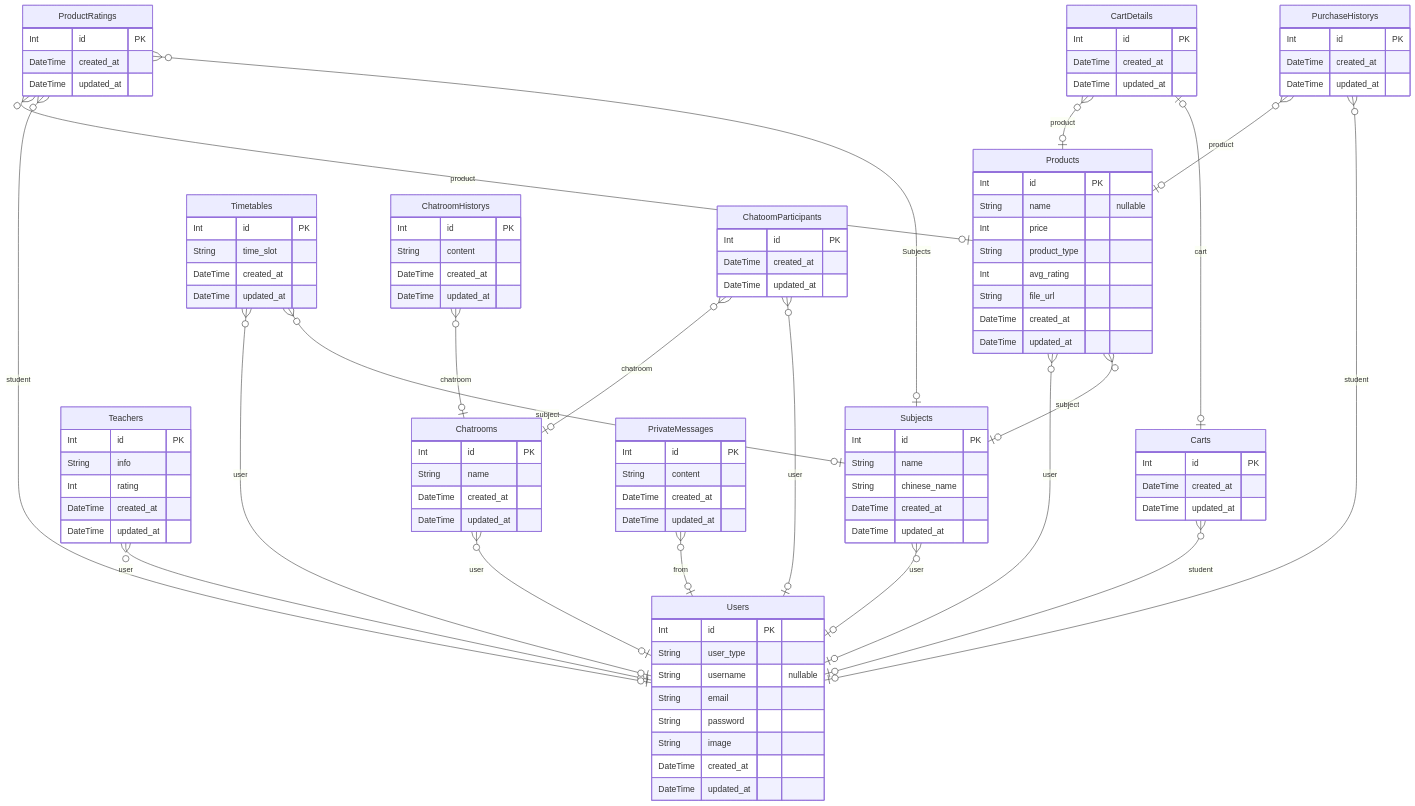
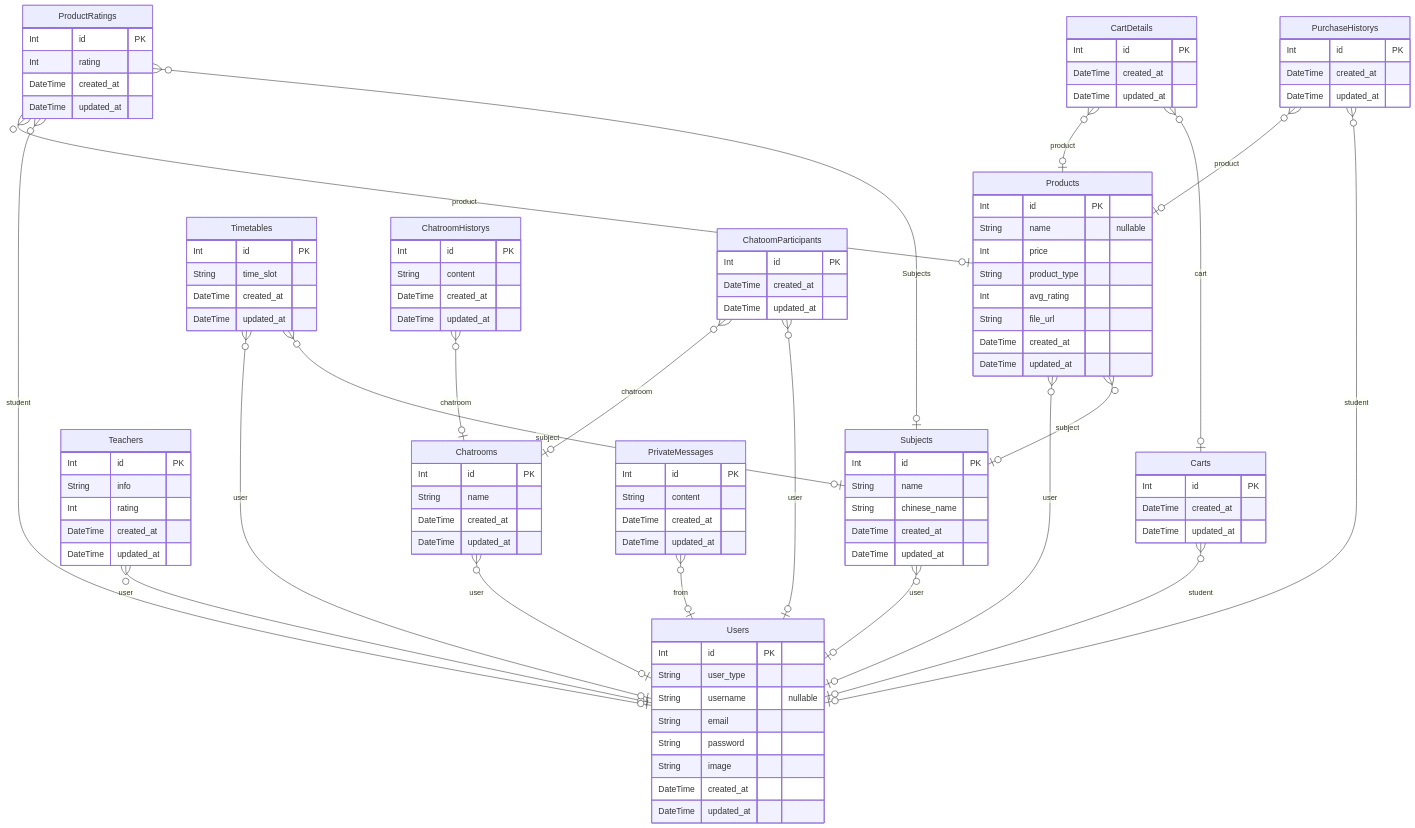
The diagram in prisma/debug/3-mermaid.mmd (lvccwk/alpha_nest), drawn with Mermaid before and after one commit. The commit also changed 12 other files, not shown here.

```diff
--- a/prisma/debug/3-mermaid.mmd
+++ b/prisma/debug/3-mermaid.mmd
@@ -1,129 +1,130 @@
 erDiagram
 
   Users {
     Int id PK 
     String user_type  
     String username  "nullable"
     String email  
     String password  
     String image  
     DateTime created_at  
     DateTime updated_at  
     }
   
 
   Subjects {
     Int id PK 
     String name  
     String chinese_name  
     DateTime created_at  
     DateTime updated_at  
     }
   
 
   Teachers {
     Int id PK 
     String info  
     Int rating  
     DateTime created_at  
     DateTime updated_at  
     }
   
 
   Products {
     Int id PK 
     String name  "nullable"
     Int price  
     String product_type  
     Int avg_rating  
     String file_url  
     DateTime created_at  
     DateTime updated_at  
     }
   
 
   Carts {
     Int id PK 
     DateTime created_at  
     DateTime updated_at  
     }
   
 
   CartDetails {
     Int id PK 
     DateTime created_at  
     DateTime updated_at  
     }
   
 
   ProductRatings {
     Int id PK 
+    Int rating  
     DateTime created_at  
     DateTime updated_at  
     }
   
 
   PurchaseHistorys {
     Int id PK 
     DateTime created_at  
     DateTime updated_at  
     }
   
 
   Timetables {
     Int id PK 
     String time_slot  
     DateTime created_at  
     DateTime updated_at  
     }
   
 
   Chatrooms {
     Int id PK 
     String name  
     DateTime created_at  
     DateTime updated_at  
     }
   
 
   ChatroomHistorys {
     Int id PK 
     String content  
     DateTime created_at  
     DateTime updated_at  
     }
   
 
   ChatoomParticipants {
     Int id PK 
     DateTime created_at  
     DateTime updated_at  
     }
   
 
   PrivateMessages {
     Int id PK 
     String content  
     DateTime created_at  
     DateTime updated_at  
     }
   
     Subjects o{--|o Users : "user"
     Teachers o{--|o Users : "user"
     Products o{--|o Users : "user"
     Products o{--|o Subjects : "subject"
     Carts o{--|o Users : "student"
     CartDetails o{--|o Products : "product"
-    CartDetails o|--|o Carts : "cart"
+    CartDetails o{--|o Carts : "cart"
     ProductRatings o{--|o Products : "product"
     ProductRatings o{--|o Users : "student"
     ProductRatings o{--|o Subjects : "Subjects"
     PurchaseHistorys o{--|o Products : "product"
     PurchaseHistorys o{--|o Users : "student"
     Timetables o{--|o Users : "user"
     Timetables o{--|o Subjects : "subject"
     Chatrooms o{--|o Users : "user"
     ChatroomHistorys o{--|o Chatrooms : "chatroom"
     ChatoomParticipants o{--|o Chatrooms : "chatroom"
     ChatoomParticipants o{--|o Users : "user"
     PrivateMessages o{--|o Users : "from"
```
